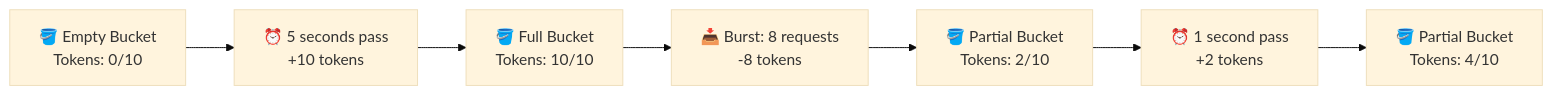
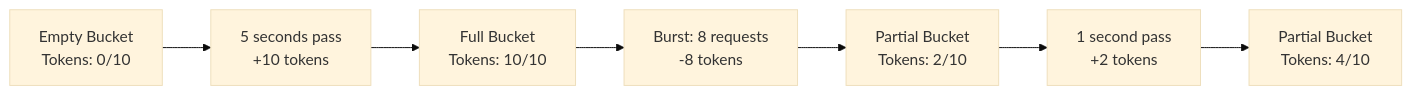
The fourth of 7 diagrams in day-1/problem-1-rate-limiter/README.md (mythxn/dojo.py), drawn with Mermaid (base theme) before and after one commit. The commit also changed other lines of this file and 6 other files, not shown here.

First line of the commit message:
Fix all Mermaid syntax errors across README files

````diff
--- a/day-1/problem-1-rate-limiter/README.md
+++ b/day-1/problem-1-rate-limiter/README.md
@@ -82,9 +84,9 @@
 ```mermaid
 graph LR
-    A[🪣 Empty Bucket<br/>Tokens: 0/10] --> B[⏰ 5 seconds pass<br/>+10 tokens]
-    B --> C[🪣 Full Bucket<br/>Tokens: 10/10]
-    C --> D[📥 Burst: 8 requests<br/>-8 tokens]
-    D --> E[🪣 Partial Bucket<br/>Tokens: 2/10]
-    E --> F[⏰ 1 second pass<br/>+2 tokens]
-    F --> G[🪣 Partial Bucket<br/>Tokens: 4/10]
+    A[Empty Bucket<br/>Tokens: 0/10] --> B[5 seconds pass<br/>+10 tokens]
+    B --> C[Full Bucket<br/>Tokens: 10/10]
+    C --> D[Burst: 8 requests<br/>-8 tokens]
+    D --> E[Partial Bucket<br/>Tokens: 2/10]
+    E --> F[1 second pass<br/>+2 tokens]
+    F --> G[Partial Bucket<br/>Tokens: 4/10]
 ```
````
